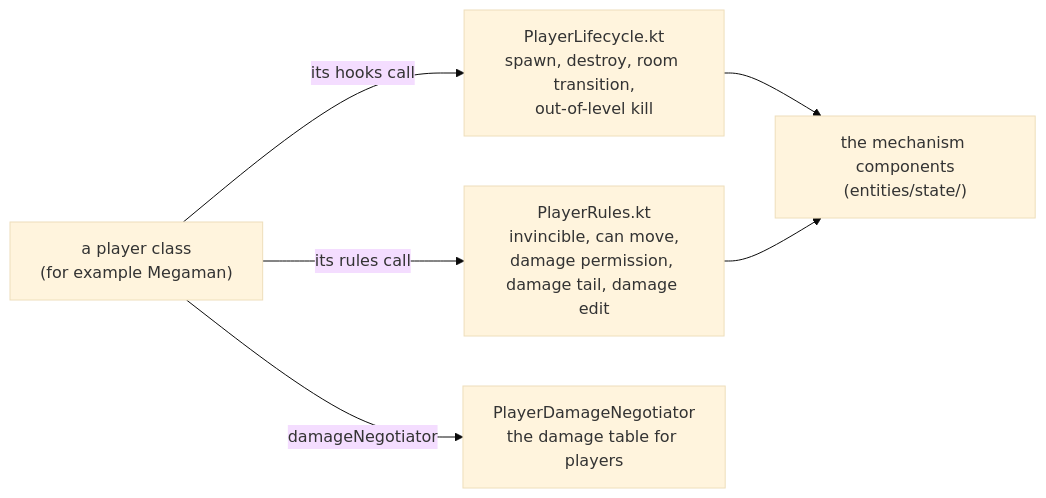
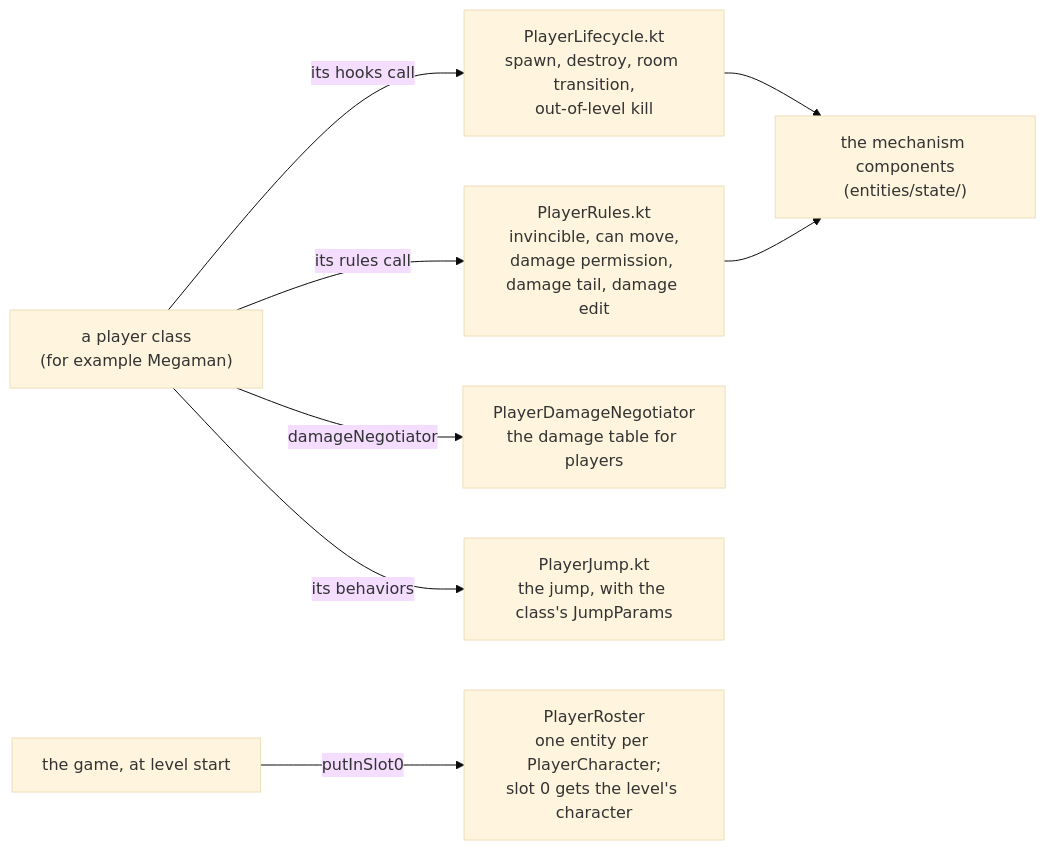
Before and after one commit to JohnLavender474/Megaman-Maverick: the first of 2 diagrams in core/src/main/kotlin/com/megaman/maverick/game/players/README.md, drawn with Mermaid (base theme). The commit also changed other lines of this file and 49 other files, not shown here.

First line of the commit message:
081b: playable X, phase 1, in slot 0 on X6_INTRO (run, jump, buster)

````diff
--- a/core/src/main/kotlin/com/megaman/maverick/game/players/README.md
+++ b/core/src/main/kotlin/com/megaman/maverick/game/players/README.md
@@ -24,8 +23,10 @@
 ```mermaid
 flowchart LR
     Class["a player class<br/>(for example Megaman)"] -- "its hooks call" --> Lifecycle["PlayerLifecycle.kt<br/>spawn, destroy, room transition,<br/>out-of-level kill"]
     Class -- "its rules call" --> Rules["PlayerRules.kt<br/>invincible, can move,<br/>damage permission, damage tail, damage edit"]
     Class -- "damageNegotiator" --> Negotiator["PlayerDamageNegotiator<br/>the damage table for players"]
+    Class -- "its behaviors" --> Jump["PlayerJump.kt<br/>the jump, with the class's JumpParams"]
+    Game["the game, at level start"] -- "putInSlot0" --> Roster["PlayerRoster<br/>one entity per PlayerCharacter;<br/>slot 0 gets the level's character"]
     Lifecycle --> State["the mechanism components<br/>(entities/state/)"]
     Rules --> State
 ```
````
